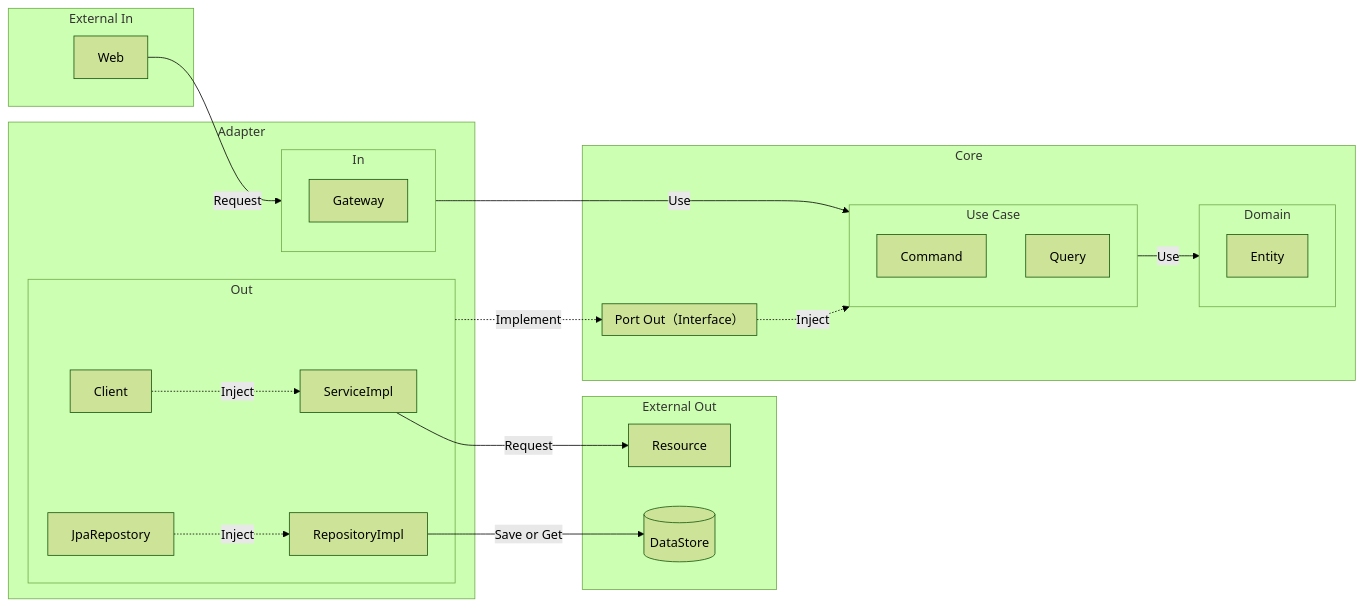
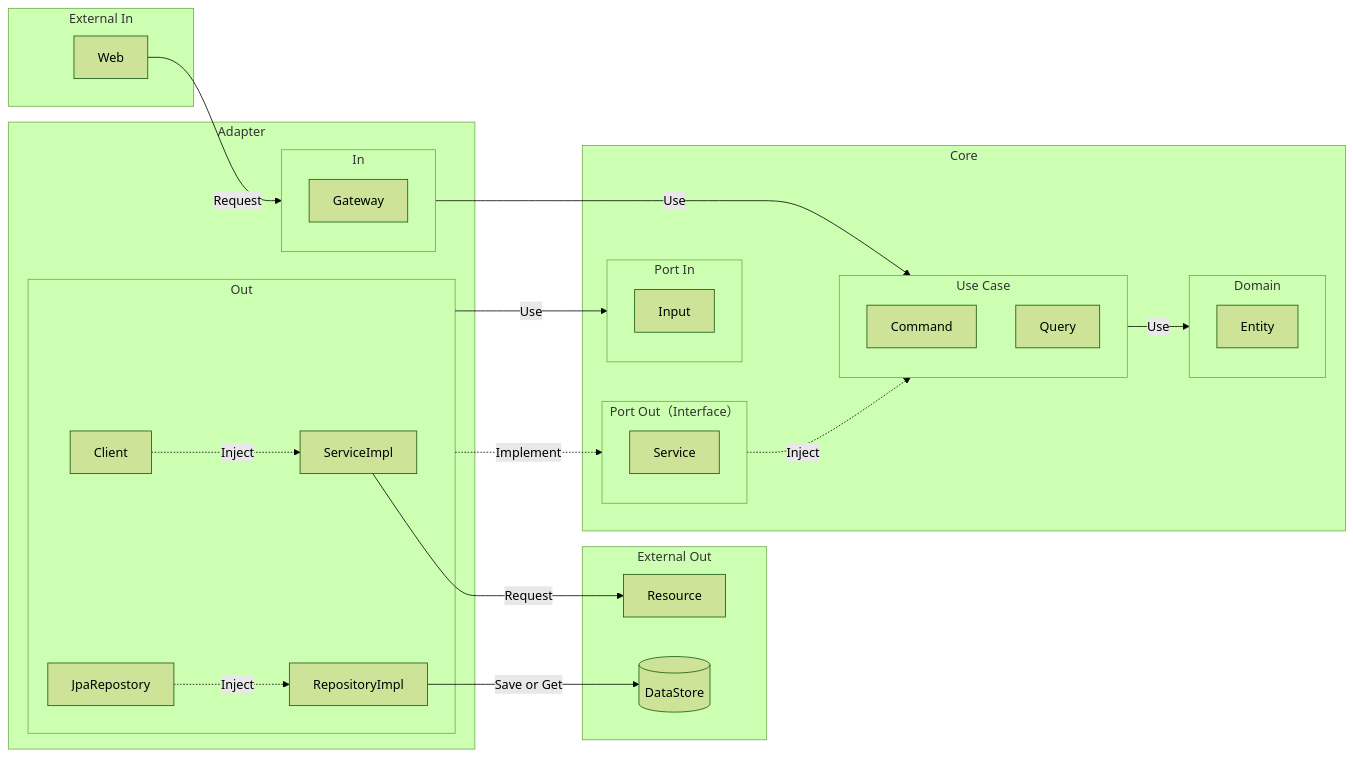
One commit to axuanhogan/system-architecture-notes changed the diagram in README.md. Above: the diagram before and after it, drawn with Mermaid (forest theme).

````diff
--- a/README.md
+++ b/README.md
@@ -7,48 +7,53 @@
 ```mermaid
 graph LR
 		
 	subgraph External Out
 		resource[Resource]
 		data-store[(DataStore)]
 	end
 		
 	subgraph External In
 		web[Web]
 	end
 	
 	subgraph adapter[Adapter]
 		subgraph adapter-in[In]
 			adapter-in-Gateway[Gateway]
 		end
 		subgraph adapter-out[Out]
 			adapter-out-service-impl[ServiceImpl]
 			adapter-out-repo-impl[RepositoryImpl]
 			adapter-out-client[Client]
 			adapter-out-jpa-repostory[JpaRepostory]
 		end
 	end
 	
 	subgraph core[Core]
 		subgraph domain[Domain]
 			Entity
 		end
 		subgraph use-case[Use Case]
 			Command
 			Query
 		end
 		subgraph core-port-out[Port Out（Interface）]
+			core-port-out-service[Service]
+		end
+		subgraph core-port-in[Port In]
+			core-port-in-input[Input]
 		end
 	end
 	
 	web -- Request --> adapter-in
 	
 	adapter-in -- Use --> use-case
 	use-case -- Use --> domain
 	adapter-out-client -. Inject .-> adapter-out-service-impl
 	adapter-out-jpa-repostory -. Inject .-> adapter-out-repo-impl
 	adapter-out -. Implement .-> core-port-out
+	adapter-out -- Use --> core-port-in
 	core-port-out -. Inject .-> use-case
 	
 	adapter-out-repo-impl -- Save or Get --> data-store
 	adapter-out-service-impl -- Request --> resource
 ```
````
